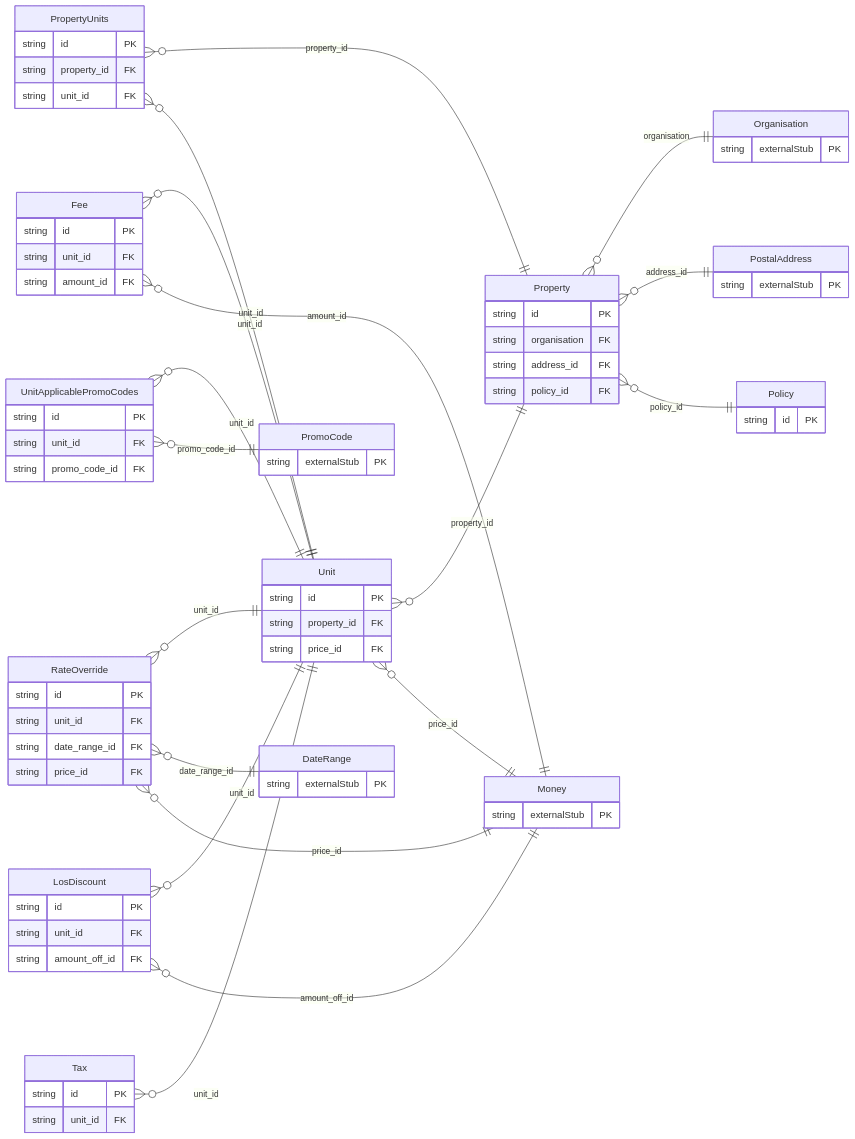
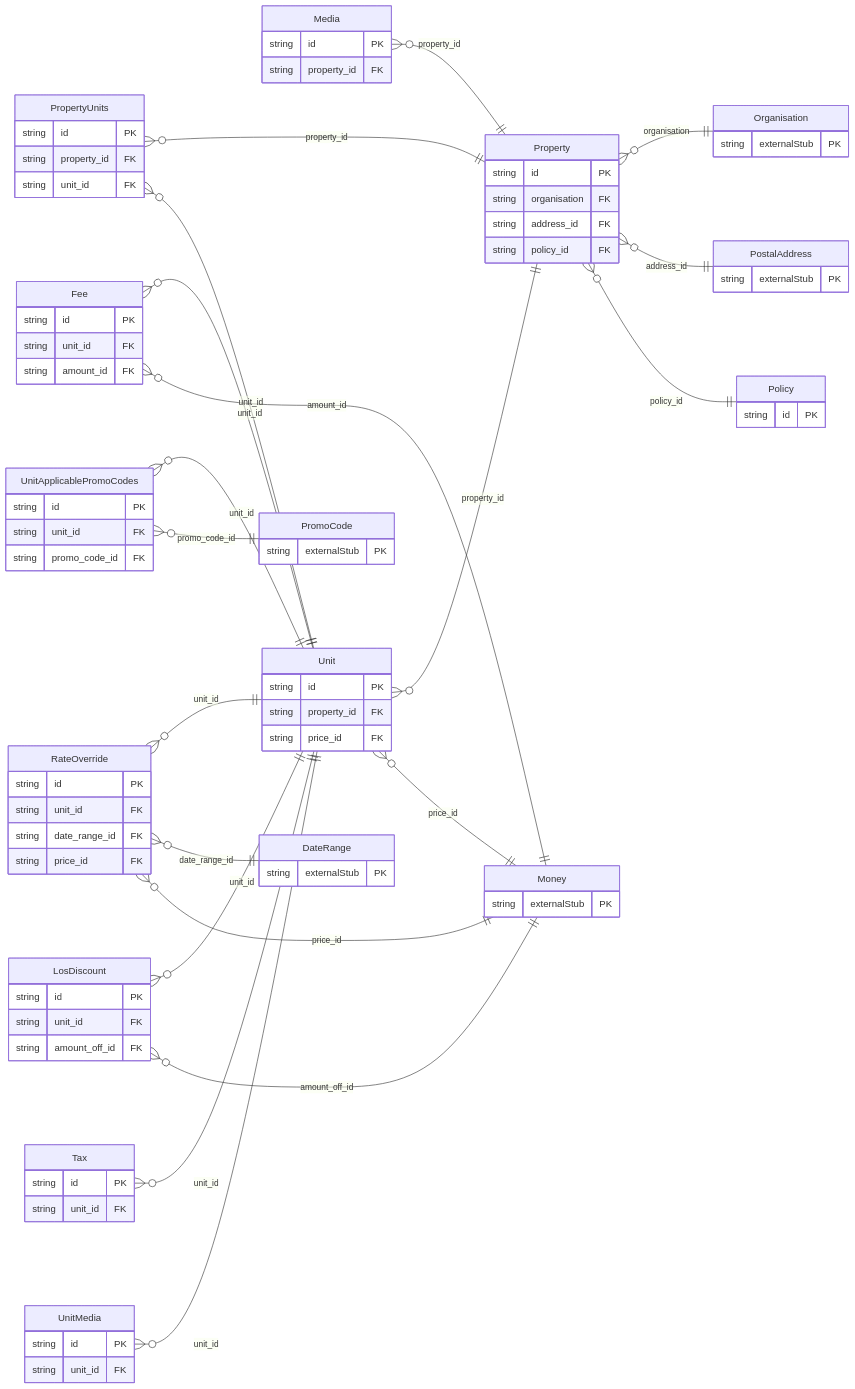
The diagram in protobuf/generated/prisma/freebusy/property/README.md (oh-tarnished/freebusy), drawn with Mermaid before and after one commit. The commit also changed other lines of this file and 64 other files, not shown here.

First line of the commit message:
feat(database): add unit media subscriptions and create migration for new schemas and tables

````diff
--- a/protobuf/generated/prisma/freebusy/property/README.md
+++ b/protobuf/generated/prisma/freebusy/property/README.md
@@ -22,6 +22,10 @@
         string id PK
         string unit_id FK
         string amount_off_id FK
+    }
+    Media {
+        string id PK
+        string property_id FK
     }
     Policy {
         string id PK
@@ -57,6 +61,10 @@
         string unit_id FK
         string promo_code_id FK
     }
+    UnitMedia {
+        string id PK
+        string unit_id FK
+    }
     DateRange {
         string externalStub PK
     }
@@ -76,6 +84,7 @@
     Fee }o--|| Money : "amount_id"
     LosDiscount }o--|| Unit : "unit_id"
     LosDiscount }o--|| Money : "amount_off_id"
+    Media }o--|| Property : "property_id"
     Property }o--|| Organisation : "organisation"
     Property }o--|| PostalAddress : "address_id"
     Property }o--|| Policy : "policy_id"
@@ -89,4 +98,5 @@
     Unit }o--|| Money : "price_id"
     UnitApplicablePromoCodes }o--|| Unit : "unit_id"
     UnitApplicablePromoCodes }o--|| PromoCode : "promo_code_id"
+    UnitMedia }o--|| Unit : "unit_id"
 ```
````
